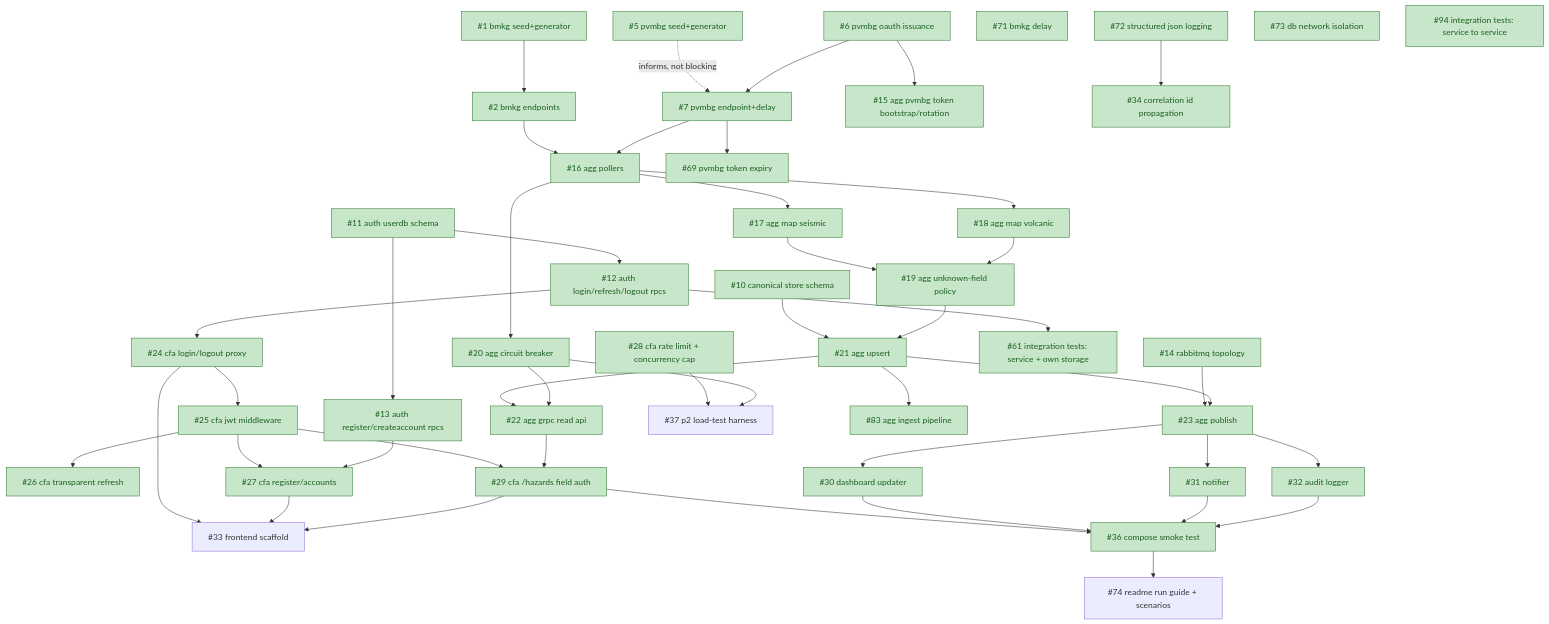
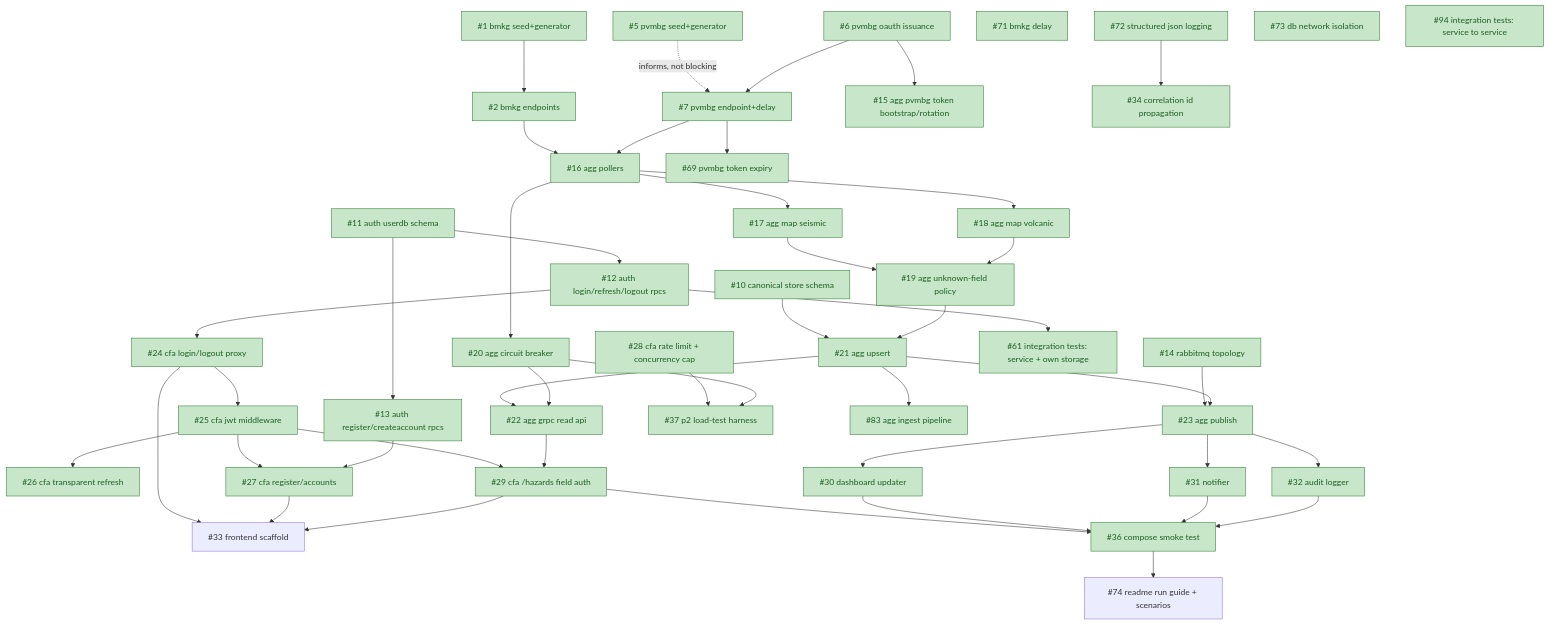
Before and after one commit to brii26/distributed-hazard-coordination: the diagram in doc/BACKLOG_DEPENDENCIES.md, drawn with Mermaid. The commit also changed other lines of this file and 4 other files, not shown here.

````diff
--- a/doc/BACKLOG_DEPENDENCIES.md
+++ b/doc/BACKLOG_DEPENDENCIES.md
@@ -19,63 +18,63 @@
 ```mermaid
 graph TD
   1["#1 bmkg seed+generator"] --> 2["#2 bmkg endpoints"]
   5["#5 pvmbg seed+generator"] -.->|informs, not blocking| 7
 
   6["#6 pvmbg oauth issuance"] --> 15["#15 agg pvmbg token bootstrap/rotation"]
   6 --> 7["#7 pvmbg endpoint+delay"]
   7 --> 69["#69 pvmbg token expiry"]
 
   2 --> 16["#16 agg pollers"]
   7 --> 16
   16 --> 17["#17 agg map seismic"]
   16 --> 18["#18 agg map volcanic"]
   16 --> 20["#20 agg circuit breaker"]
   17 --> 19["#19 agg unknown-field policy"]
   18 --> 19
 
   10["#10 canonical store schema"] --> 21["#21 agg upsert"]
   19 --> 21
   21 --> 22["#22 agg grpc read api"]
   20 --> 22
 
   14["#14 rabbitmq topology"] --> 23["#23 agg publish"]
   21 --> 23
   21 --> 83["#83 agg ingest pipeline"]
 
   11["#11 auth userdb schema"] --> 12["#12 auth login/refresh/logout rpcs"]
   11 --> 13["#13 auth register/createaccount rpcs"]
 
   12 --> 24["#24 cfa login/logout proxy"]
   12 --> 61["#61 integration tests: service + own storage"]
   24 --> 25["#25 cfa jwt middleware"]
   25 --> 26["#26 cfa transparent refresh"]
   25 --> 27["#27 cfa register/accounts"]
   13 --> 27
   25 --> 29["#29 cfa /hazards field auth"]
   22 --> 29
 
   23 --> 30["#30 dashboard updater"]
   23 --> 31["#31 notifier"]
   23 --> 32["#32 audit logger"]
 
   24 --> 33["#33 frontend scaffold"]
   27 --> 33
   29 --> 33
 
   29 --> 36["#36 compose smoke test"]
   30 --> 36
   31 --> 36
   32 --> 36
 
   28["#28 cfa rate limit + concurrency cap"] --> 37["#37 p2 load-test harness"]
   20 --> 37
 
   72["#72 structured json logging"] --> 34["#34 correlation id propagation"]
   36 --> 74["#74 readme run guide + scenarios"]
   71["#71 bmkg delay"]
   73["#73 db network isolation"]
   94["#94 integration tests: service to service"]
 
   classDef done fill:#c8e6c9,stroke:#2e7d32,color:#1b5e20
-  class 1,2,5,6,7,10,11,12,13,14,15,16,17,18,19,20,21,22,23,24,25,26,27,28,29,30,31,32,34,35,36,61,69,71,72,73,83,94 done
+  class 1,2,5,6,7,10,11,12,13,14,15,16,17,18,19,20,21,22,23,24,25,26,27,28,29,30,31,32,34,35,36,37,61,69,71,72,73,83,94 done
 ```
````
